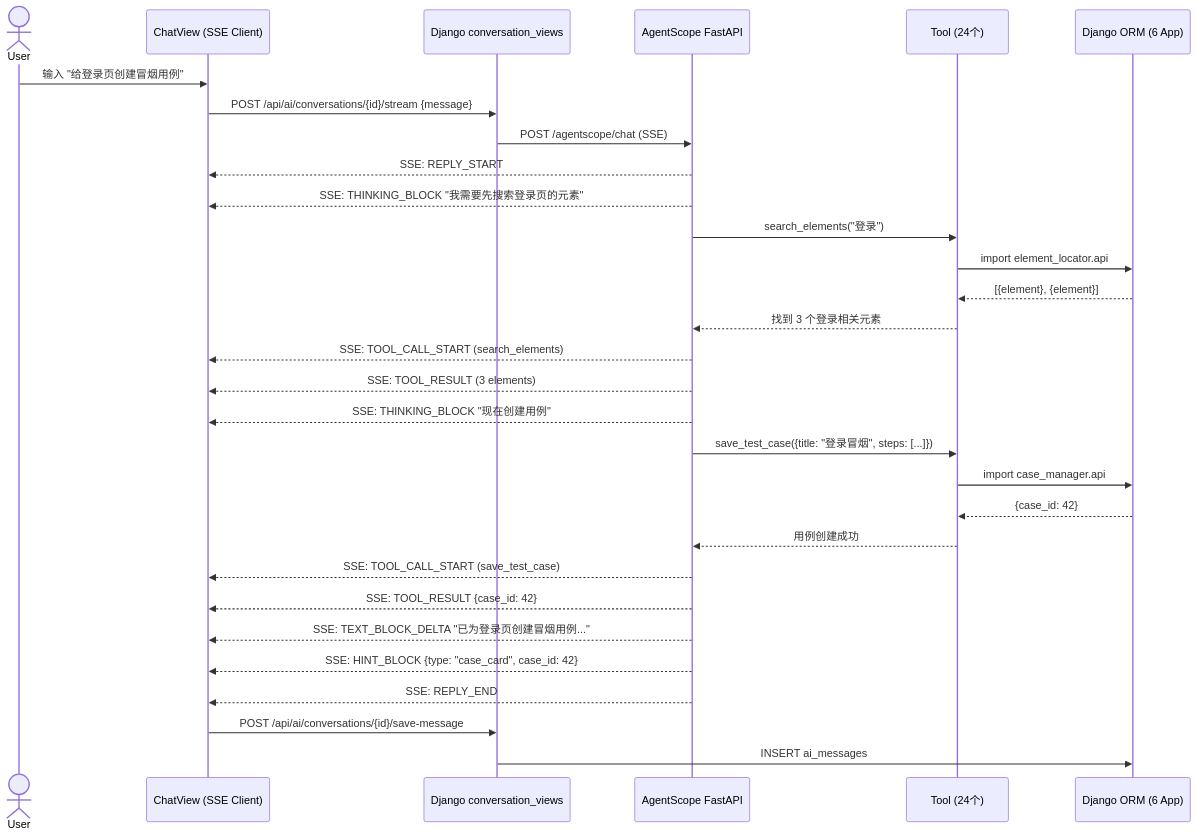
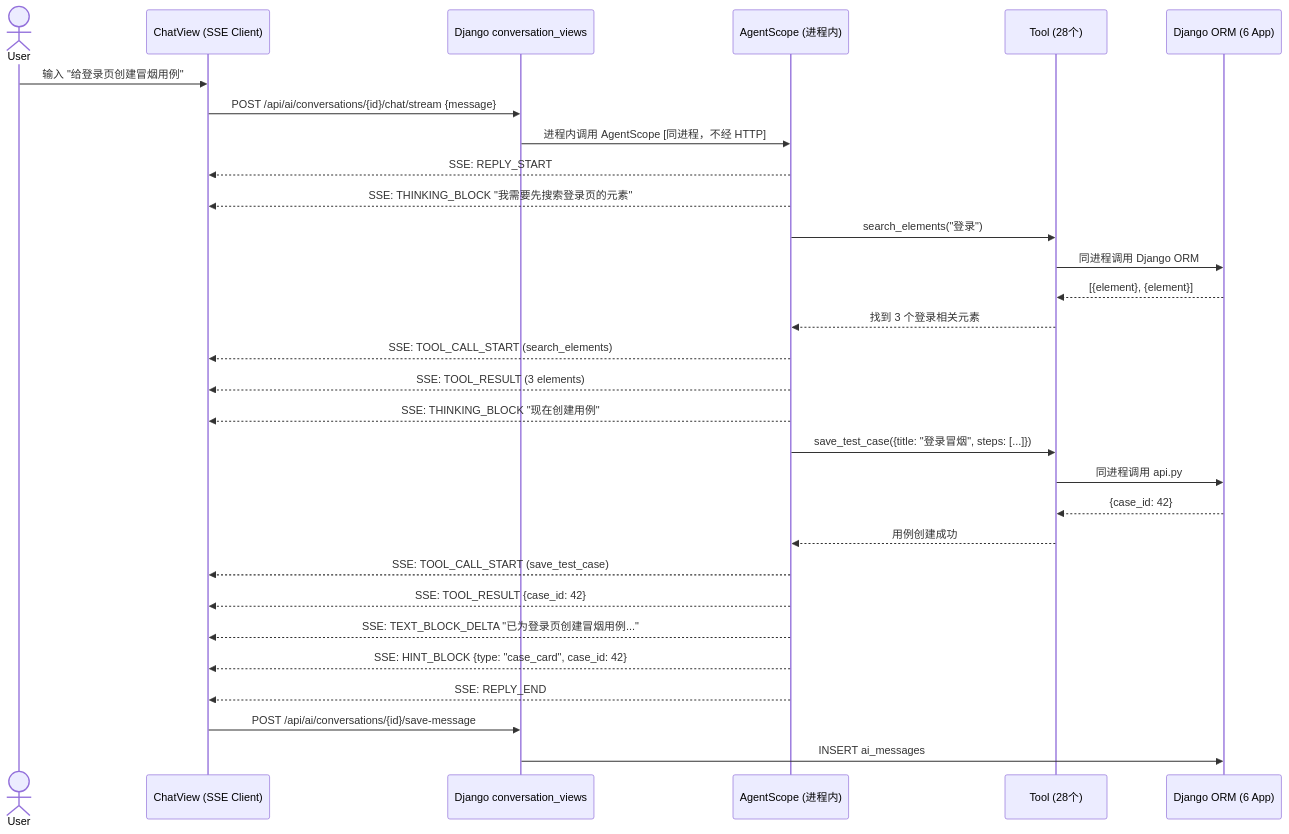
Before and after one commit to Kahoku-lazy/Android-AutoTests: the third of 4 diagrams in dev_docs/03-设计与架构/ARCH-06-AI助手.md, drawn with Mermaid. The commit also changed other lines of this file and 489 other files, not shown here.

First line of the commit message:
feat: 前端 TypeScript 迁移 + AgentScope 内嵌 + 忽略 tests/

````diff
--- a/dev_docs/03-设计与架构/ARCH-06-AI助手.md
+++ b/dev_docs/03-设计与架构/ARCH-06-AI助手.md
@@ -216,41 +199,41 @@
 ```mermaid
 sequenceDiagram
     actor User
     participant Vue as ChatView (SSE Client)
     participant Django as Django conversation_views
-    participant AS as AgentScope FastAPI
-    participant Tool as Tool (24个)
+    participant AS as AgentScope (进程内)
+    participant Tool as Tool (28个)
     participant Business as Django ORM (6 App)
 
     User->>Vue: 输入 "给登录页创建冒烟用例"
-    Vue->>Django: POST /api/ai/conversations/{id}/stream {message}
-    Django->>AS: POST /agentscope/chat (SSE)
+    Vue->>Django: POST /api/ai/conversations/{id}/chat/stream {message}
+    Django->>AS: 进程内调用 AgentScope [同进程，不经 HTTP]
     
     AS-->>Vue: SSE: REPLY_START
     AS-->>Vue: SSE: THINKING_BLOCK "我需要先搜索登录页的元素"
     
     AS->>Tool: search_elements("登录")
-    Tool->>Business: import element_locator.api
+    Tool->>Business: 同进程调用 Django ORM
     Business-->>Tool: [{element}, {element}]
     Tool-->>AS: 找到 3 个登录相关元素
     
     AS-->>Vue: SSE: TOOL_CALL_START (search_elements)
     AS-->>Vue: SSE: TOOL_RESULT (3 elements)
     
     AS-->>Vue: SSE: THINKING_BLOCK "现在创建用例"
     
     AS->>Tool: save_test_case({title: "登录冒烟", steps: [...]})
-    Tool->>Business: import case_manager.api
+    Tool->>Business: 同进程调用 api.py
     Business-->>Tool: {case_id: 42}
     Tool-->>AS: 用例创建成功
     
     AS-->>Vue: SSE: TOOL_CALL_START (save_test_case)
     AS-->>Vue: SSE: TOOL_RESULT {case_id: 42}
     
     AS-->>Vue: SSE: TEXT_BLOCK_DELTA "已为登录页创建冒烟用例..."
     AS-->>Vue: SSE: HINT_BLOCK {type: "case_card", case_id: 42}
     AS-->>Vue: SSE: REPLY_END
     
     Vue->>Django: POST /api/ai/conversations/{id}/save-message
     Django->>Business: INSERT ai_messages
 ```
````
